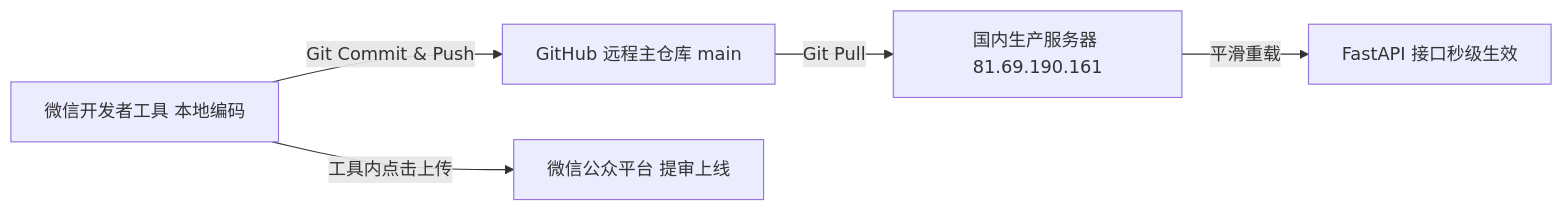
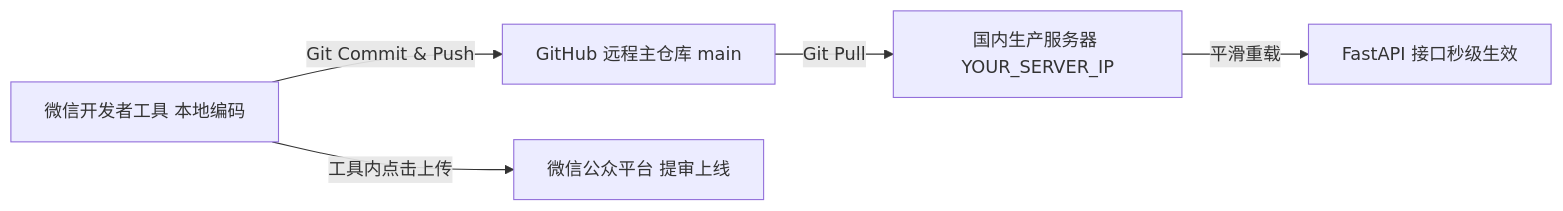
Before and after one commit to ponyletter/py310sphinx_knowledge: the diagram in docs/source/courses/wxapp_sphinx_from_zero/stage3_devtools_and_setup/03_conda_python_git_workflow.md, drawn with Mermaid. The commit also changed 5 other files, not shown here.

````diff
--- a/docs/source/courses/wxapp_sphinx_from_zero/stage3_devtools_and_setup/03_conda_python_git_workflow.md
+++ b/docs/source/courses/wxapp_sphinx_from_zero/stage3_devtools_and_setup/03_conda_python_git_workflow.md
@@ -78,7 +78,7 @@
 ```{mermaid}
 graph LR
     Dev[微信开发者工具 本地编码] -->|Git Commit & Push| GitHub[GitHub 远程主仓库 main]
-    GitHub -->|Git Pull| Server[国内生产服务器 81.69.190.161]
+    GitHub -->|Git Pull| Server[国内生产服务器 YOUR_SERVER_IP]
     Server -->|平滑重载| Backend[FastAPI 接口秒级生效]
     Dev -->|工具内点击上传| MPAdmin[微信公众平台 提审上线]
 ```
````
